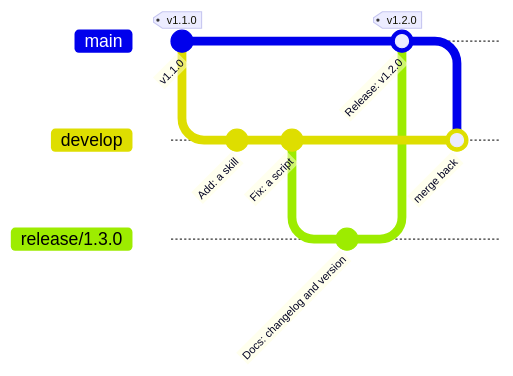
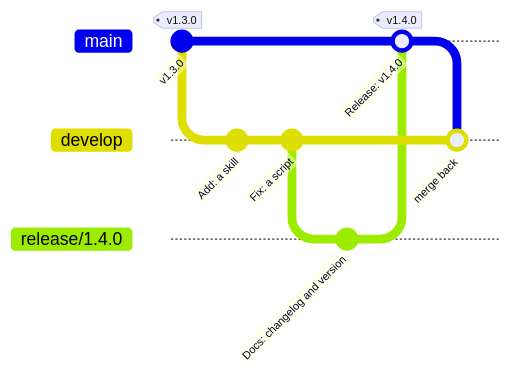
One commit to nickyjacobs/NEST changed the diagram in docs/project/releasing.md. Above: the diagram before and after it, drawn with Mermaid. The commit also changed other lines of this file and 11 other files, not shown here.

````diff
--- a/docs/project/releasing.md
+++ b/docs/project/releasing.md
@@ -10,13 +10,13 @@
 ```mermaid
 gitGraph
-    commit id: "v1.1.0" tag: "v1.1.0"
+    commit id: "v1.3.0" tag: "v1.3.0"
     branch develop
     commit id: "Add: a skill"
     commit id: "Fix: a script"
-    branch release/1.3.0
+    branch release/1.4.0
     commit id: "Docs: changelog and version"
     checkout main
-    merge release/1.3.0 id: "Release: v1.2.0" tag: "v1.2.0"
+    merge release/1.4.0 id: "Release: v1.4.0" tag: "v1.4.0"
     checkout develop
     merge main id: "merge back"
 ```
````
